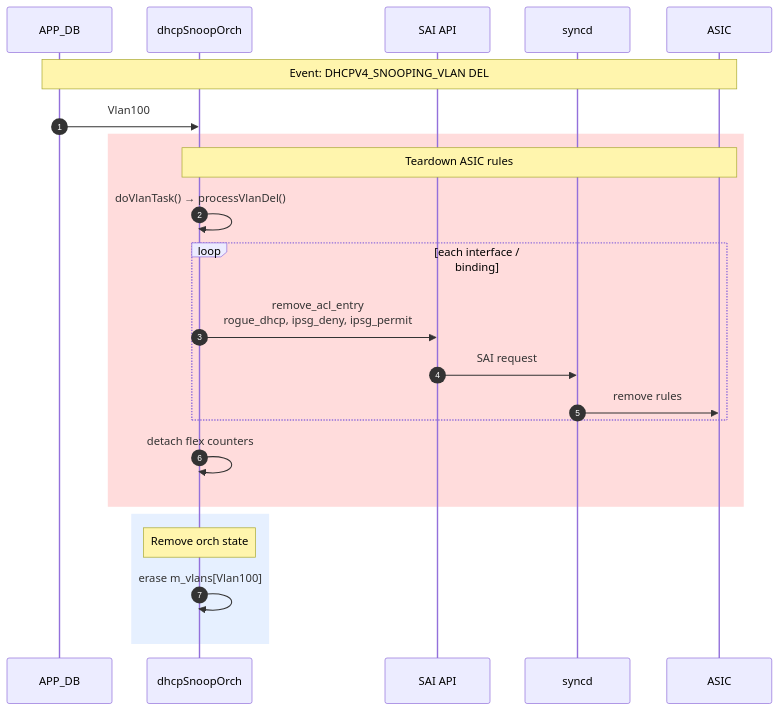
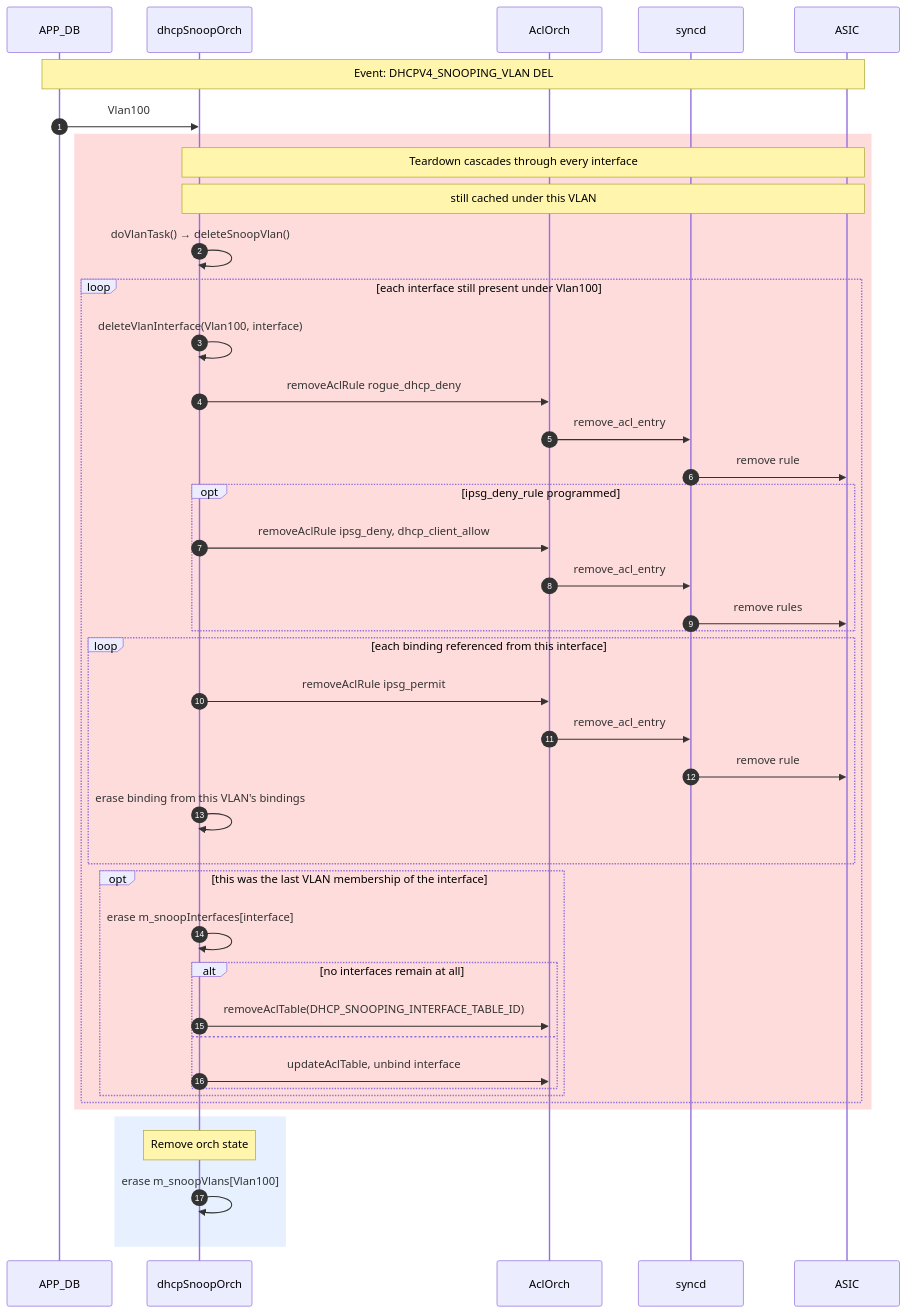
Before and after one commit to sonic-net/SONiC: diagram 11 of 19 in doc/DHCPv4_snooping/DHCPv4-snooping-hld.md, drawn with Mermaid. The commit also changed other lines of this file, not shown here.

First line of the commit message:
doc: add sequence diagrams in HLD

````diff
--- a/doc/DHCPv4_snooping/DHCPv4-snooping-hld.md
+++ b/doc/DHCPv4_snooping/DHCPv4-snooping-hld.md
@@ -751,29 +900,49 @@
 ```mermaid
 sequenceDiagram
     autonumber
     participant APP_DB as APP_DB
     participant Orch as dhcpSnoopOrch
-    participant SAI as SAI API
+    participant AclOrch as AclOrch
     participant syncd as syncd
     participant ASIC as ASIC
 
     Note over APP_DB, ASIC: Event: DHCPV4_SNOOPING_VLAN DEL
 
     APP_DB->>Orch: Vlan100
 
     rect rgb(255, 220, 220)
-        Note over Orch, ASIC: Teardown ASIC rules
-        Orch->>Orch: doVlanTask() → processVlanDel()
-        loop each interface / binding
-            Orch->>SAI: remove_acl_entry<br/>rogue_dhcp, ipsg_deny, ipsg_permit
-            SAI->>syncd: SAI request
-            syncd->>ASIC: remove rules
+        Note over Orch, ASIC: Teardown cascades through every interface
+        Note over Orch, ASIC: still cached under this VLAN
+        Orch->>Orch: doVlanTask() → deleteSnoopVlan()
+        loop each interface still present under Vlan100
+            Orch->>Orch: deleteVlanInterface(Vlan100, interface)
+            Orch->>AclOrch: removeAclRule rogue_dhcp_deny
+            AclOrch->>syncd: remove_acl_entry
+            syncd->>ASIC: remove rule
+            opt ipsg_deny_rule programmed
+                Orch->>AclOrch: removeAclRule ipsg_deny, dhcp_client_allow
+                AclOrch->>syncd: remove_acl_entry
+                syncd->>ASIC: remove rules
+            end
+            loop each binding referenced from this interface
+                Orch->>AclOrch: removeAclRule ipsg_permit
+                AclOrch->>syncd: remove_acl_entry
+                syncd->>ASIC: remove rule
+                Orch->>Orch: erase binding from this VLAN's bindings
+            end
+            opt this was the last VLAN membership of the interface
+                Orch->>Orch: erase m_snoopInterfaces[interface]
+                alt no interfaces remain at all
+                    Orch->>AclOrch: removeAclTable(DHCP_SNOOPING_INTERFACE_TABLE_ID)
+                else
+                    Orch->>AclOrch: updateAclTable, unbind interface
+                end
+            end
         end
-        Orch->>Orch: detach flex counters
     end
 
     rect rgb(230, 240, 255)
         Note over Orch, Orch: Remove orch state
-        Orch->>Orch: erase m_vlans[Vlan100]
+        Orch->>Orch: erase m_snoopVlans[Vlan100]
     end
 ```
````
